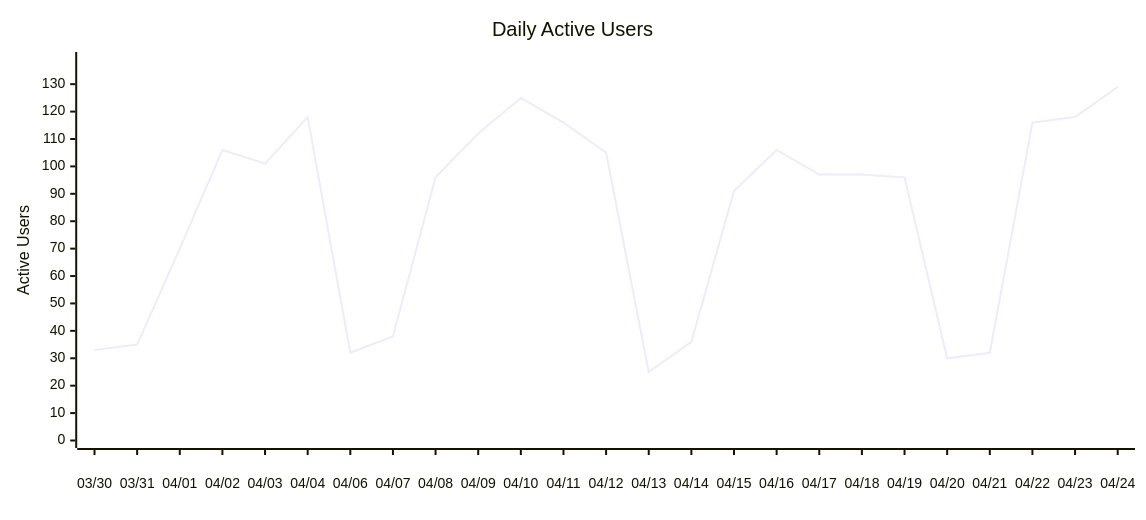
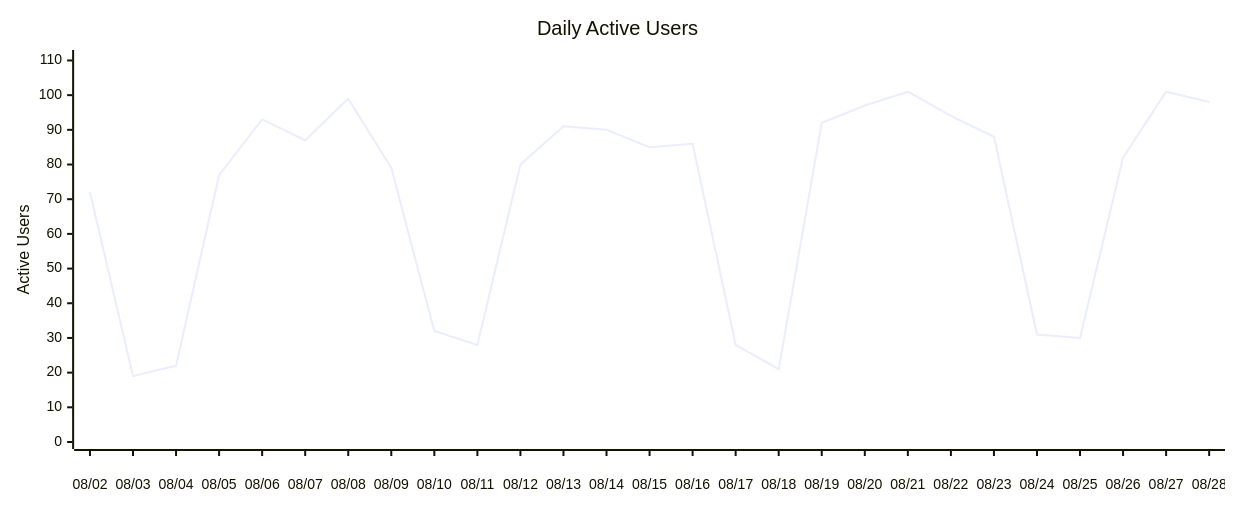
Before and after one commit to austenstone/copilot-usage: the third of 5 diagrams in README.md, drawn with Mermaid. The commit also changed other lines of this file, not shown here.

````diff
--- a/README.md
+++ b/README.md
@@ -185,18 +208,18 @@
 ```mermaid
 ---
 config:
     xyChart:
-        width: 1125
+        width: 1215
         height: 500
         xAxis:
             labelPadding: 20
     themeVariables:
         xyChart:
             backgroundColor: "transparent"
 ---
 xychart-beta
   title "Daily Active Users"
-  x-axis ["03/30", "03/31", "04/01", "04/02", "04/03", "04/04", "04/06", "04/07", "04/08", "04/09", "04/10", "04/11", "04/12", "04/13", "04/14", "04/15", "04/16", "04/17", "04/18", "04/19", "04/20", "04/21", "04/22", "04/23", "04/24"]
-  y-axis "Active Users" 0 --> 139
-  line [33, 35, 70, 106, 101, 118, 32, 38, 96, 112, 125, 116, 105, 25, 36, 91, 106, 97, 97, 96, 30, 32, 116, 118, 129]
+  x-axis ["08/02", "08/03", "08/04", "08/05", "08/06", "08/07", "08/08", "08/09", "08/10", "08/11", "08/12", "08/13", "08/14", "08/15", "08/16", "08/17", "08/18", "08/19", "08/20", "08/21", "08/22", "08/23", "08/24", "08/25", "08/26", "08/27", "08/28"]
+  y-axis "Active Users" 0 --> 111
+  line [72, 19, 22, 77, 93, 87, 99, 79, 32, 28, 80, 91, 90, 85, 86, 28, 21, 92, 97, 101, 94, 88, 31, 30, 82, 101, 98]
 ```
````
